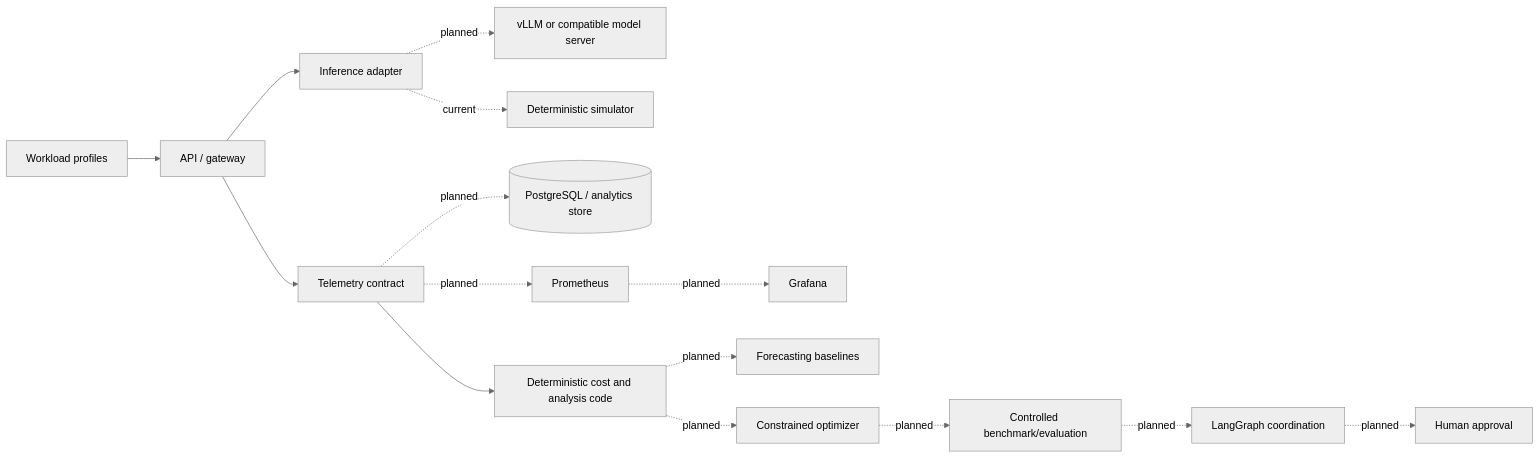
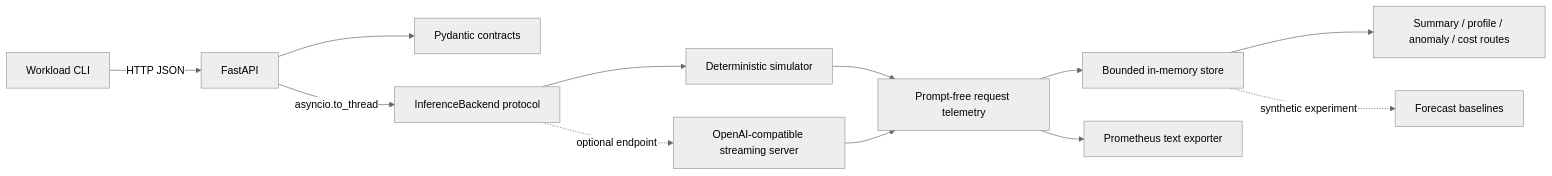
One commit to Latthika/YieldOps changed the diagram in docs/ARCHITECTURE.md. Above: the diagram before and after it, drawn with Mermaid (neutral theme). The commit also changed other lines of this file and 35 other files, not shown here.

Commit message:
feat: add inference telemetry and workload intelligence

````diff
--- a/docs/ARCHITECTURE.md
+++ b/docs/ARCHITECTURE.md
@@ -25,17 +5,14 @@
 ```mermaid
 flowchart LR
-    W[Workload profiles] --> API[API / gateway]
-    API --> R[Inference adapter]
-    R -. planned .-> V[vLLM or compatible model server]
-    R -. current .-> S[Deterministic simulator]
-    API --> T[Telemetry contract]
-    T -. planned .-> DB[(PostgreSQL / analytics store)]
-    T -. planned .-> P[Prometheus]
-    P -. planned .-> G[Grafana]
-    T --> C[Deterministic cost and analysis code]
-    C -. planned .-> F[Forecasting baselines]
-    C -. planned .-> O[Constrained optimizer]
-    O -. planned .-> B[Controlled benchmark/evaluation]
-    B -. planned .-> L[LangGraph coordination]
-    L -. planned .-> H[Human approval]
+    W[Workload CLI] -->|HTTP JSON| API[FastAPI]
+    API --> CONTRACT[Pydantic contracts]
+    API -->|asyncio.to_thread| PORT[InferenceBackend protocol]
+    PORT --> SIM[Deterministic simulator]
+    PORT -. optional endpoint .-> OA[OpenAI-compatible streaming server]
+    SIM --> TEL[Prompt-free request telemetry]
+    OA --> TEL
+    TEL --> STORE[Bounded in-memory store]
+    TEL --> METRICS[Prometheus text exporter]
+    STORE --> SUMMARY[Summary / profile / anomaly / cost routes]
+    STORE -. synthetic experiment .-> FORECAST[Forecast baselines]
 ```
````
